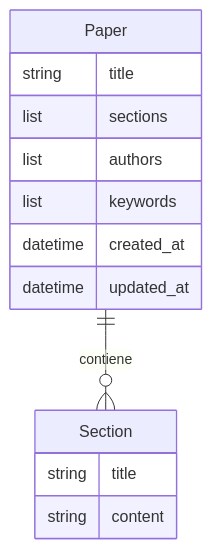
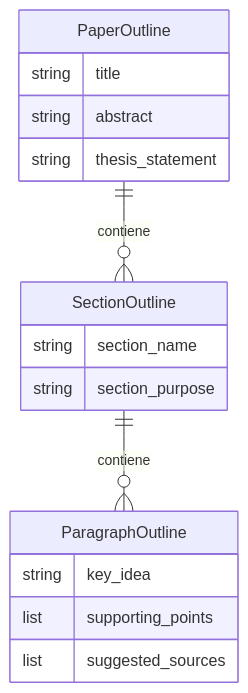
The seventh of 8 diagrams in docs/architecture.md (mikelval82/TheAiWriter), drawn with Mermaid before and after one commit. The commit also changed other lines of this file and 2 other files, not shown here.

First line of the commit message:
docs: consolidate architecture documentation with mermaid diagrams

````diff
--- a/docs/architecture.md
+++ b/docs/architecture.md
@@ -309,16 +339,22 @@
 ```mermaid
 erDiagram
-    Paper ||--o{ Section : contiene
-    Paper {
+    PaperOutline ||--o{ SectionOutline : contiene
+    SectionOutline ||--o{ ParagraphOutline : contiene
+    
+    PaperOutline {
         string title
-        list sections
-        list authors
-        list keywords
-        datetime created_at
-        datetime updated_at
+        string abstract
+        string thesis_statement
     }
-    Section {
-        string title
-        string content
+    
+    SectionOutline {
+        string section_name
+        string section_purpose
+    }
+    
+    ParagraphOutline {
+        string key_idea
+        list supporting_points
+        list suggested_sources
     }
 ```
````
